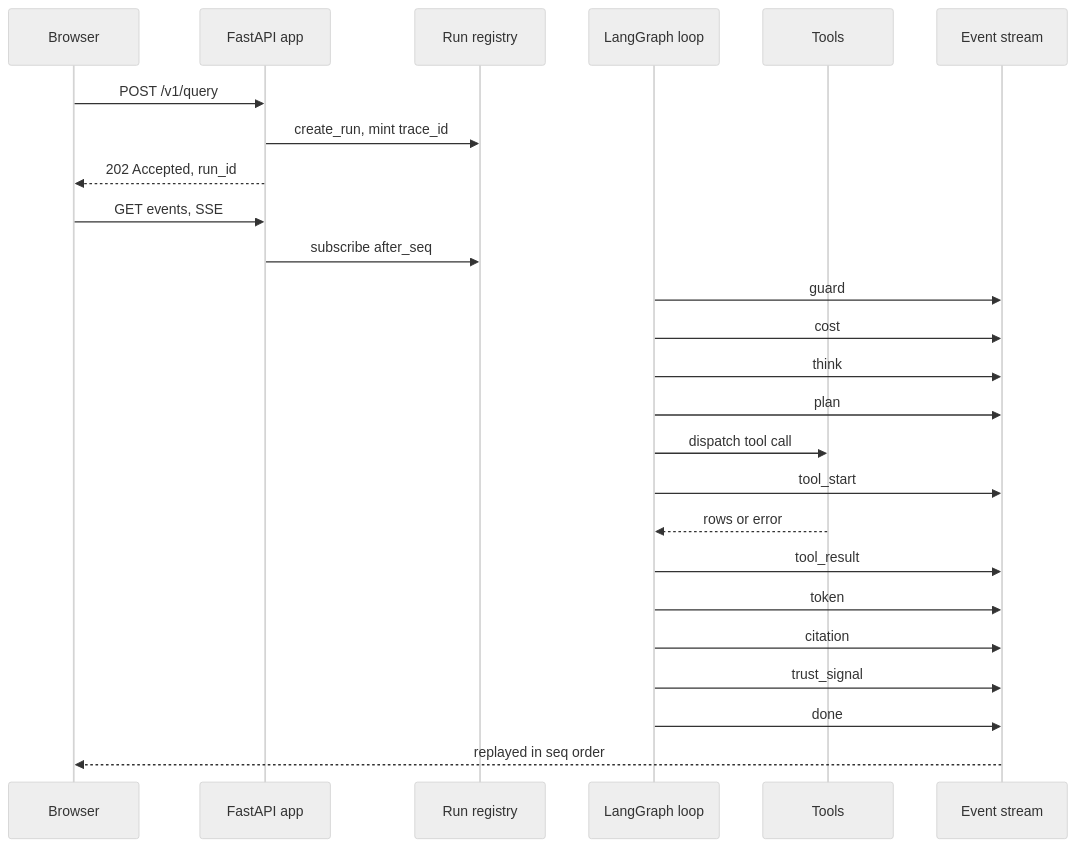
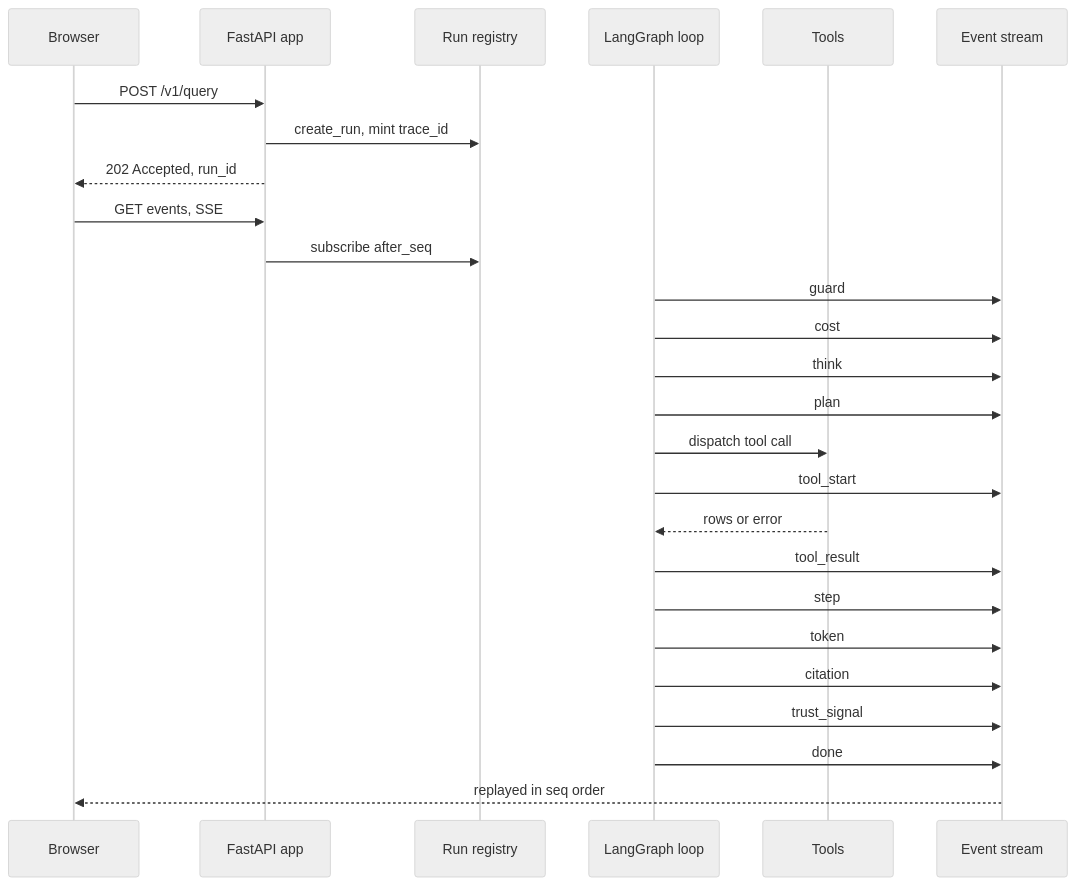
One commit to monideep2255/agentic-search-ui changed the fourth of 6 diagrams in visualizations/Architecture_diagram.md. Above: the diagram before and after it, drawn with Mermaid (neutral theme). The commit also changed other lines of this file and 1 other file, not shown here.

First line of the commit message:
docs: the architecture diagram and the deep dive match the loop's model calls and the 30 s graph budget

````diff
--- a/visualizations/Architecture_diagram.md
+++ b/visualizations/Architecture_diagram.md
@@ -185,28 +186,29 @@
 ```mermaid
 sequenceDiagram
     participant B as Browser
     participant A as FastAPI app
     participant R as Run registry
     participant L as LangGraph loop
     participant T as Tools
     participant S as Event stream
 
     B->>A: POST /v1/query
     A->>R: create_run, mint trace_id
     A-->>B: 202 Accepted, run_id
     B->>A: GET events, SSE
     A->>R: subscribe after_seq
     L->>S: guard
     L->>S: cost
     L->>S: think
     L->>S: plan
     L->>T: dispatch tool call
     L->>S: tool_start
     T-->>L: rows or error
     L->>S: tool_result
+    L->>S: step
     L->>S: token
     L->>S: citation
     L->>S: trust_signal
     L->>S: done
     S-->>B: replayed in seq order
 ```
````
